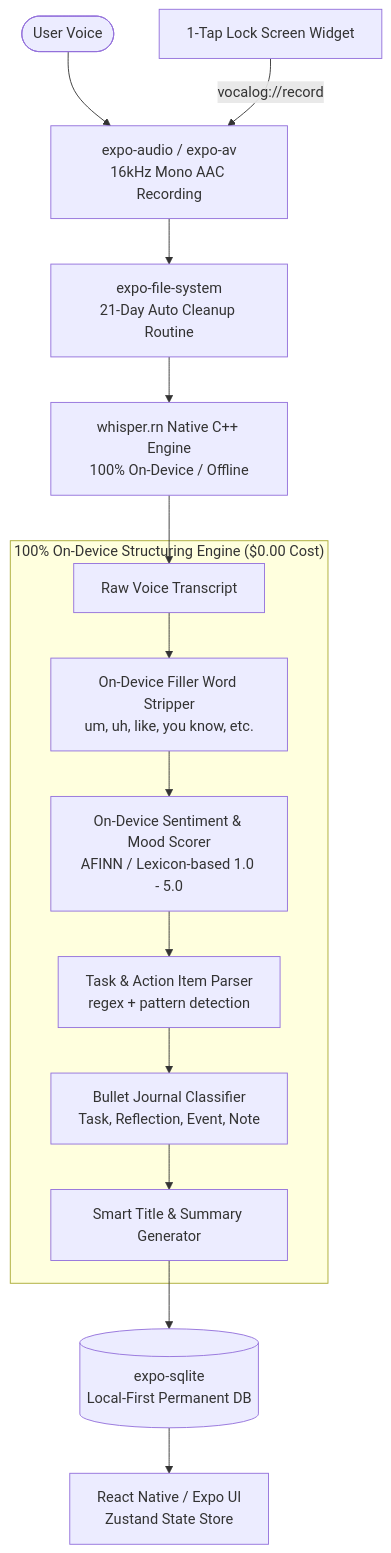
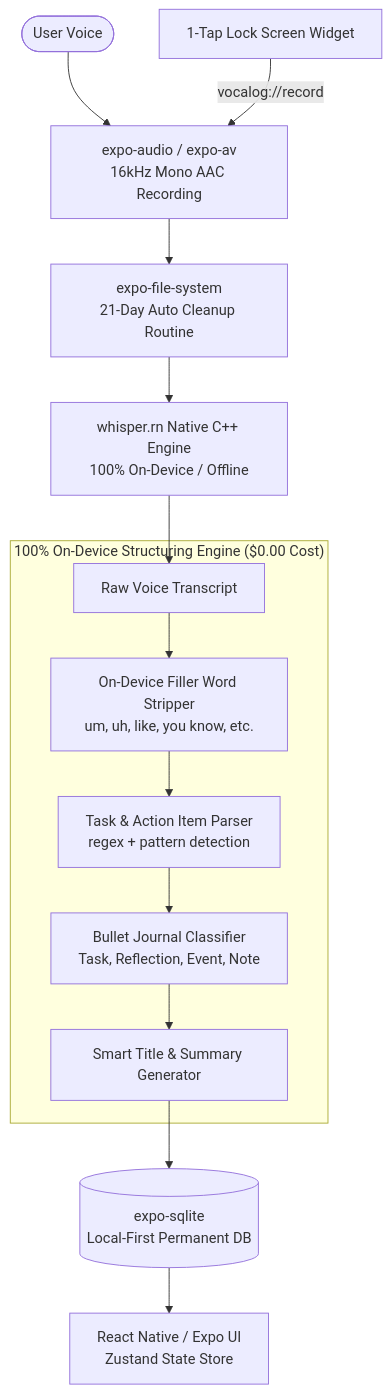
One commit to parkiteLM/vocalog changed the diagram in vocalog_react_native_plan.md. Above: the diagram before and after it, drawn with Mermaid. The commit also changed other lines of this file, not shown here.

Commit message:
docs: streamline plan by removing mood metrics, finalizing clean card UI and daily date navigation

````diff
--- a/vocalog_react_native_plan.md
+++ b/vocalog_react_native_plan.md
@@ -9,19 +9,18 @@
 ```mermaid
 flowchart TD
     User([User Voice]) --> AudioEngine[expo-audio / expo-av<br/>16kHz Mono AAC Recording]
     AudioEngine --> LocalFS[expo-file-system<br/>21-Day Auto Cleanup Routine]
     LocalFS --> WhisperCore[whisper.rn Native C++ Engine<br/>100% On-Device / Offline]
     WhisperCore --> RawTranscript[Raw Voice Transcript]
     
     subgraph OnDeviceEngine ["100% On-Device Structuring Engine ($0.00 Cost)"]
         RawTranscript --> FillerRemoval[On-Device Filler Word Stripper<br/>um, uh, like, you know, etc.]
-        FillerRemoval --> SentimentAnalyzer[On-Device Sentiment & Mood Scorer<br/>AFINN / Lexicon-based 1.0 - 5.0]
-        SentimentAnalyzer --> ActionExtractor[Task & Action Item Parser<br/>regex + pattern detection]
+        FillerRemoval --> ActionExtractor[Task & Action Item Parser<br/>regex + pattern detection]
         ActionExtractor --> CategoryClassifier[Bullet Journal Classifier<br/>Task, Reflection, Event, Note]
         CategoryClassifier --> TitleGenerator[Smart Title & Summary Generator]
     end
 
     TitleGenerator --> SQLiteDB[(expo-sqlite<br/>Local-First Permanent DB)]
     SQLiteDB --> AppUI[React Native / Expo UI<br/>Zustand State Store]
     Widget[1-Tap Lock Screen Widget] -->|vocalog://record| AudioEngine
 ```
````
